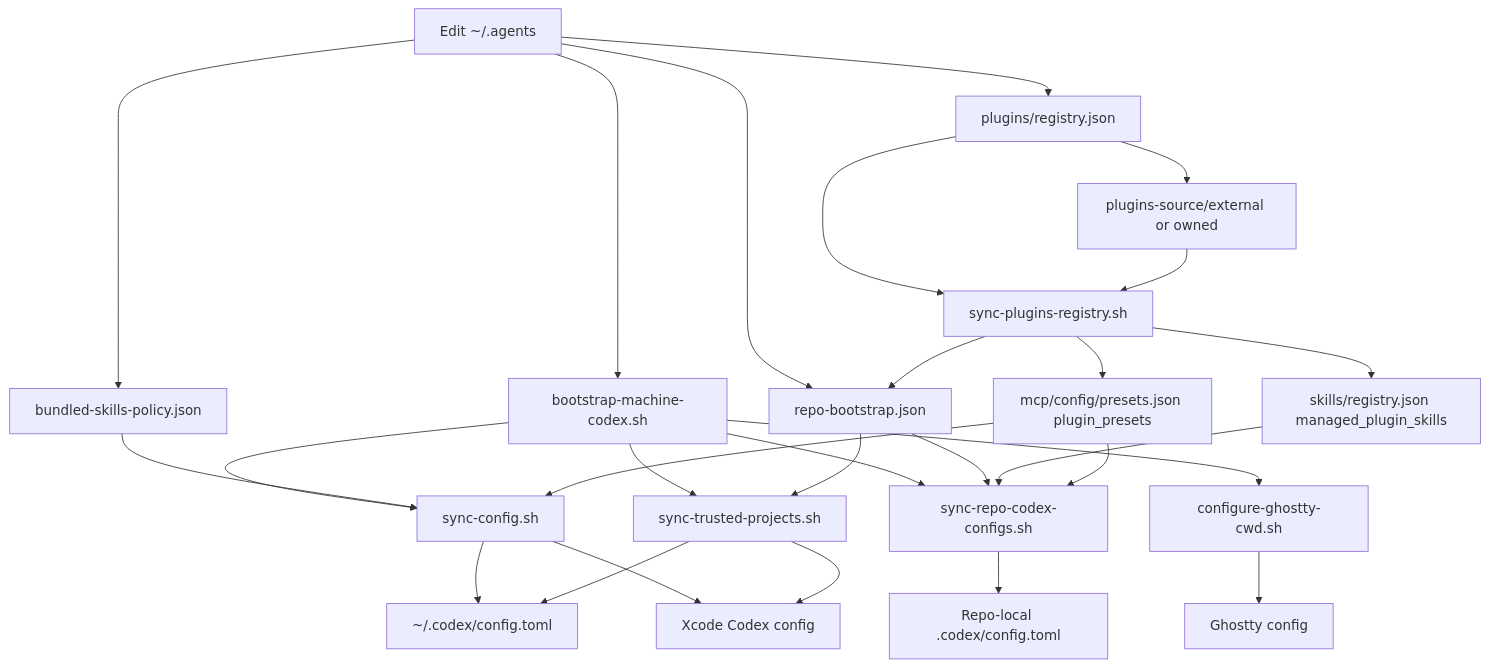
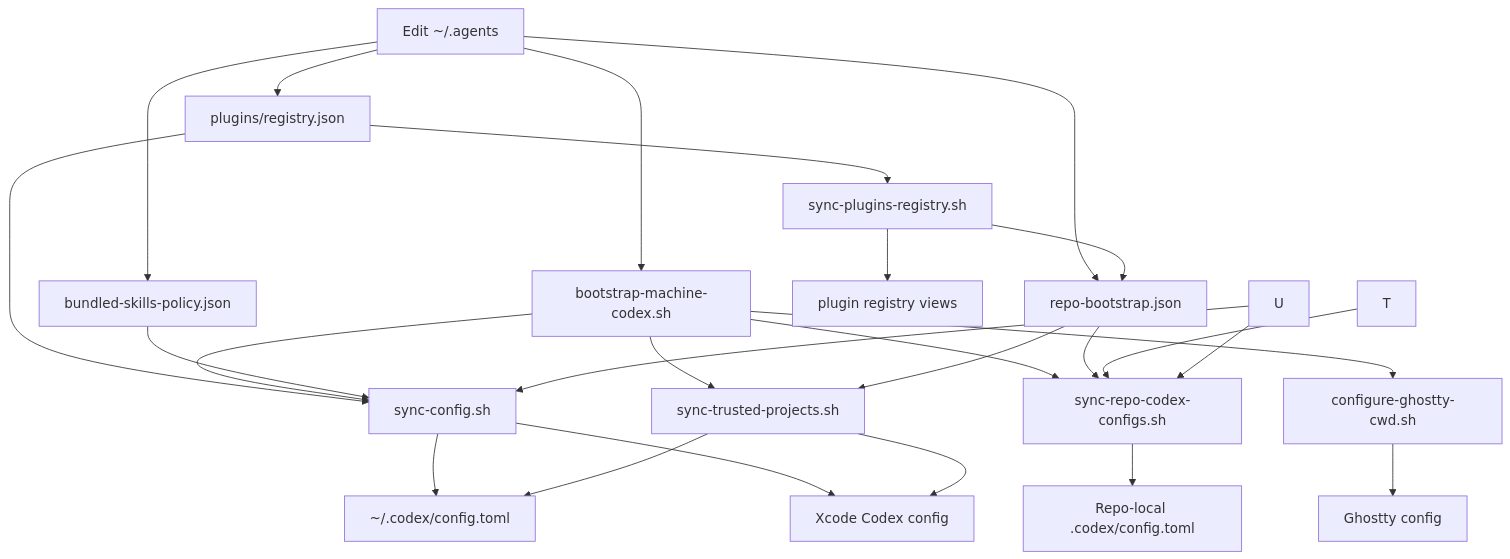
Before and after one commit to wisdom-in-a-nutshell/.agents: the second of 3 diagrams in docs/architecture/codex-control-plane.md, drawn with Mermaid. The commit also changed other lines of this file and 46 other files, not shown here.

````diff
--- a/docs/architecture/codex-control-plane.md
+++ b/docs/architecture/codex-control-plane.md
@@ -43,29 +40,27 @@
 ```mermaid
 flowchart TD
     A[Edit ~/.agents] --> B[bootstrap-machine-codex.sh]
     A --> P[plugins/registry.json]
     A --> R[repo-bootstrap.json]
     P --> Q[sync-plugins-registry.sh]
-    P --> S[plugins-source/external or owned]
+    P --> C
     A --> V[bundled-skills-policy.json]
-    S --> Q
     B --> C[sync-config.sh]
     B --> D[sync-trusted-projects.sh]
     B --> E[sync-repo-codex-configs.sh]
     B --> F[configure-ghostty-cwd.sh]
-    Q --> T[skills/registry.json managed_plugin_skills]
-    Q --> U[mcp/config/presets.json plugin_presets]
+    Q --> K[plugin registry views]
     Q --> R
     C --> G[~/.codex/config.toml]
     C --> H[Xcode Codex config]
     V --> C
     R --> D
     R --> E
     T --> E
     U --> C
     U --> E
     D --> G
     D --> H
     E --> I[Repo-local .codex/config.toml]
     F --> J[Ghostty config]
 ```
````
